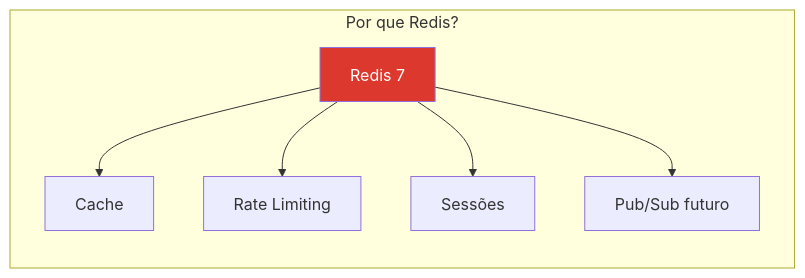
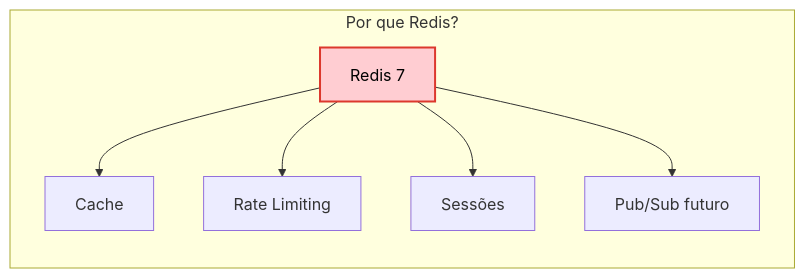
Before and after one commit to gabrigabs/public-polls-app: the fourth of 9 diagrams in docs/04-justificativas-tecnicas.md, drawn with Mermaid. The commit also changed other lines of this file and 6 other files, not shown here.

Commit message:
docs: standardize and improve mermaid diagrams readability

````diff
--- a/docs/04-justificativas-tecnicas.md
+++ b/docs/04-justificativas-tecnicas.md
@@ -113,12 +116,13 @@
 ```mermaid
 graph LR
     subgraph "Por que Redis?"
         R[Redis 7]
         R --> C[Cache]
         R --> L[Rate Limiting]
         R --> S[Sessões]
         R --> P[Pub/Sub futuro]
     end
 
-    style R fill:#dc382d,color:#fff
+    classDef redis fill:#ffcdd2,stroke:#dc382d,color:#000,stroke-width:2px;
+    class R redis;
 ```
````
